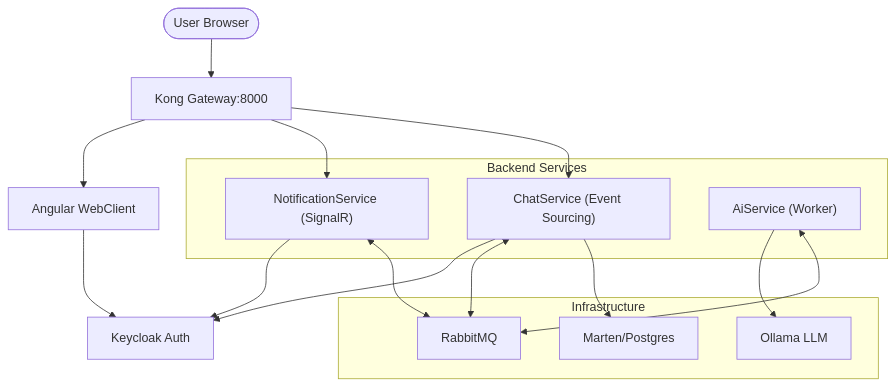
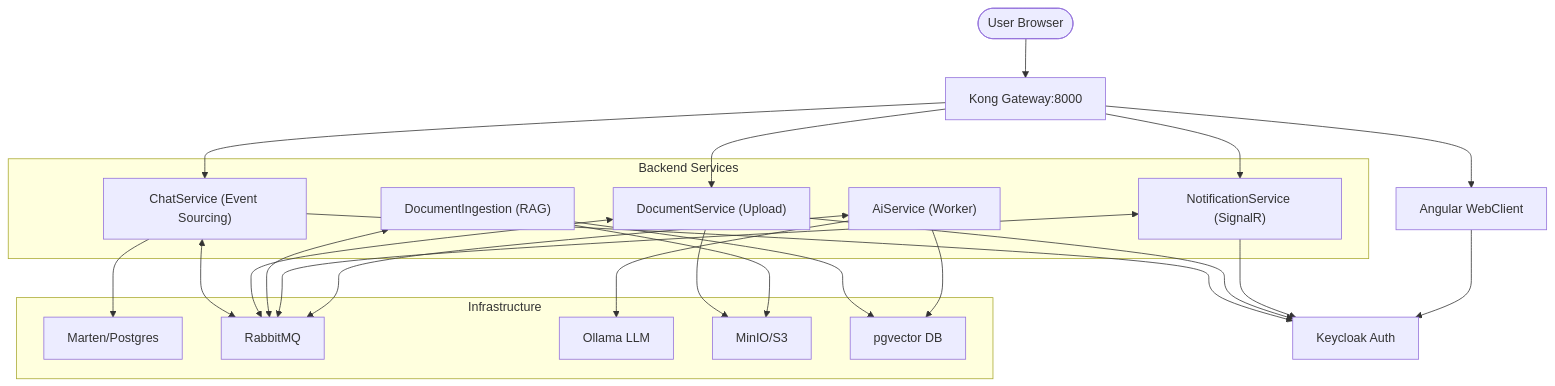
One commit to aekoky/AiChatPlatform changed the diagram in README.md. Above: the diagram before and after it, drawn with Mermaid. The commit also changed other lines of this file, not shown here.

````diff
--- a/README.md
+++ b/README.md
@@ -26,33 +53,45 @@
 ```mermaid
 graph TD
     User([User Browser])
     Kong[Kong Gateway:8000]
     Keycloak[Keycloak Auth]
 
     subgraph "Backend Services"
         ChatApi["ChatService (Event Sourcing)"]
+        DocApi["DocumentService (Upload)"]
+        DocWorker["DocumentIngestion (RAG)"]
         NotifApi["NotificationService (SignalR)"]
         AiWorker["AiService (Worker)"]
     end
 
     subgraph "Infrastructure"
         Marten[Marten/Postgres]
         Rabbit[RabbitMQ]
         Ollama[Ollama LLM]
+        MinIO[MinIO/S3]
+        PgVector[pgvector DB]
     end
 
     User --> Kong
     Kong --> ChatApi
+    Kong --> DocApi
     Kong --> NotifApi
     Kong --> WebClient[Angular WebClient]
     
     ChatApi --> Marten
     ChatApi <--> Rabbit
+    DocApi --> MinIO
+    DocApi <--> Rabbit
+    DocWorker <--> Rabbit
+    DocWorker --> MinIO
+    DocWorker --> PgVector
     NotifApi <--> Rabbit
     AiWorker <--> Rabbit
     AiWorker --> Ollama
+    AiWorker --> PgVector
     
     ChatApi --> Keycloak
+    DocApi --> Keycloak
     NotifApi --> Keycloak
     WebClient --> Keycloak
 ```
````
